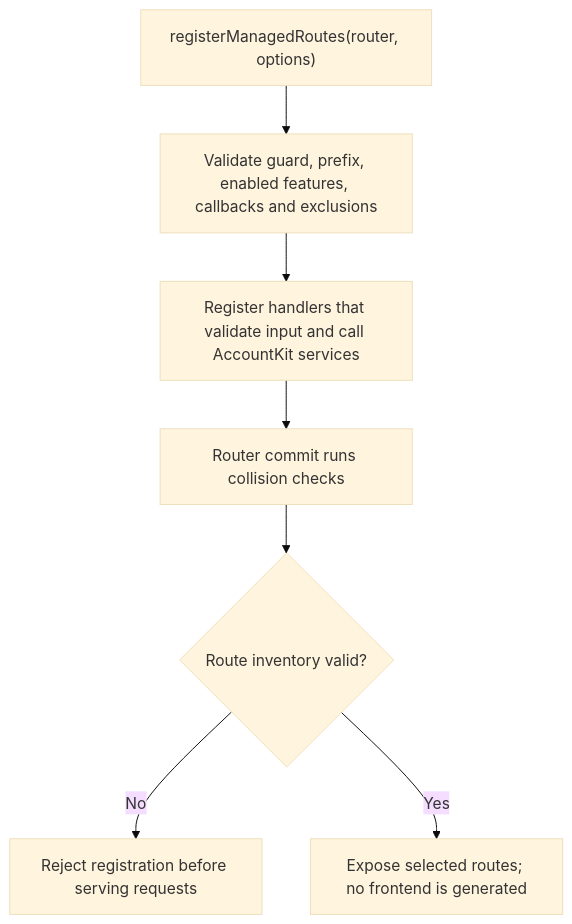
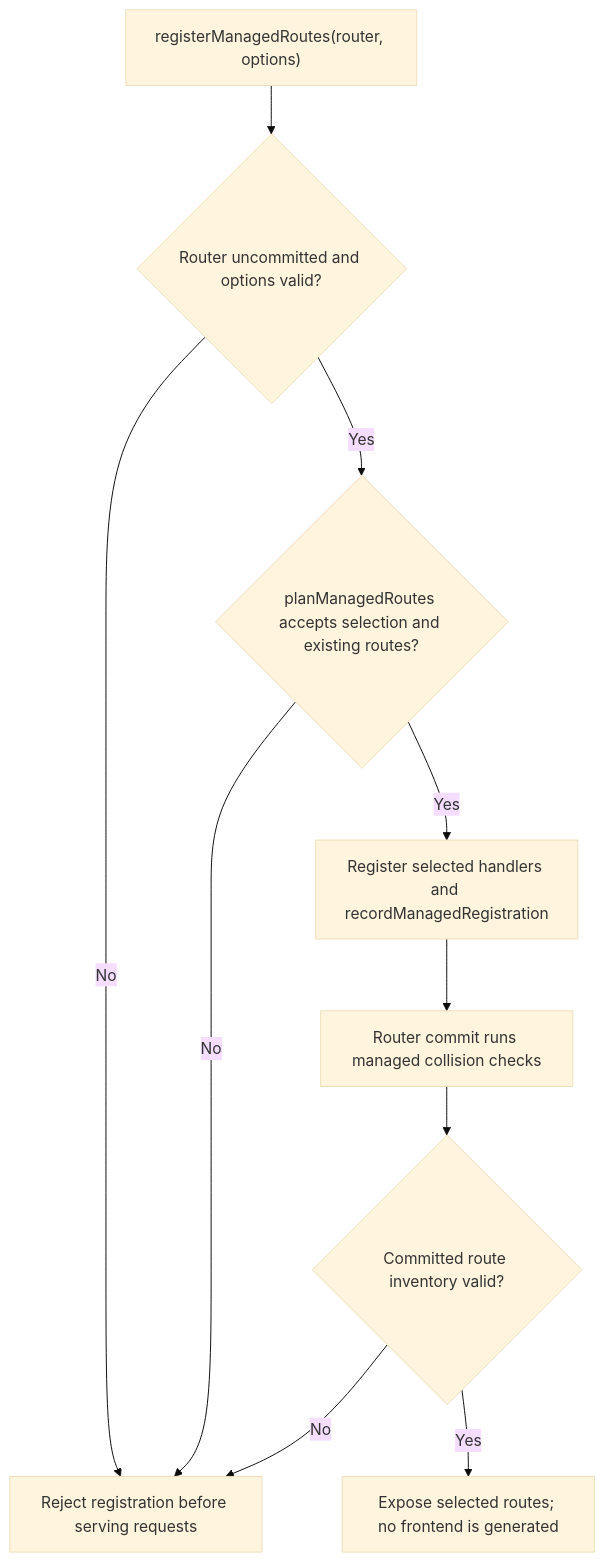
The second of 2 diagrams in user-stories/US-ACCOUNT-29-mount-managed-routes.md (Kevinjohn/oss-adonisjs-account-kit), drawn with Mermaid (base theme) before and after one commit. The commit also changed other lines of this file and 70 other files, not shown here.

Commit message:
Refresh the Account Kit user story catalogue for 0.6.0

````diff
--- a/user-stories/US-ACCOUNT-29-mount-managed-routes.md
+++ b/user-stories/US-ACCOUNT-29-mount-managed-routes.md
@@ -34,9 +32,12 @@
 ```mermaid
 flowchart TD
- A["registerManagedRoutes(router, options)"] --> B["Validate guard, prefix, enabled features, callbacks and exclusions"]
- B --> C["Register handlers that validate input and call AccountKit services"]
- C --> D["Router commit runs collision checks"]
- D --> E{"Route inventory valid?"}
+ A["registerManagedRoutes(router, options)"] --> B{"Router uncommitted and options valid?"}
+ B -->|No| F
+ B -->|Yes| C{"planManagedRoutes accepts selection and existing routes?"}
+ C -->|No| F["Reject registration before serving requests"]
+ C -->|Yes| H["Register selected handlers and recordManagedRegistration"]
+ H --> D["Router commit runs managed collision checks"]
+ D --> E{"Committed route inventory valid?"}
  E -->|No| F["Reject registration before serving requests"]
  E -->|Yes| G["Expose selected routes; no frontend is generated"]
 ```
````
